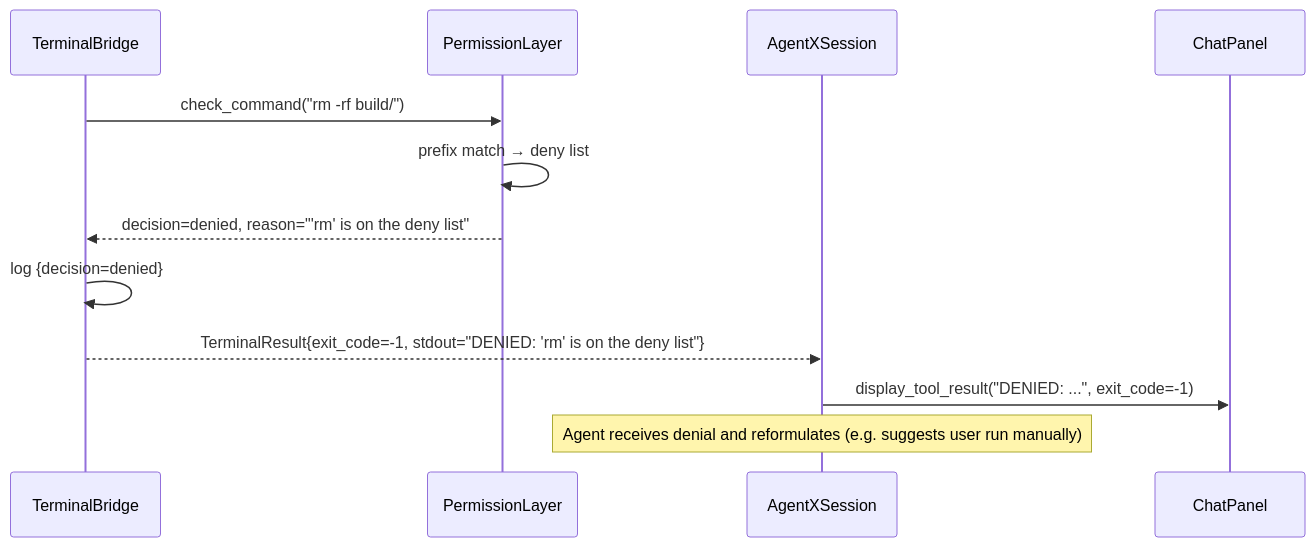
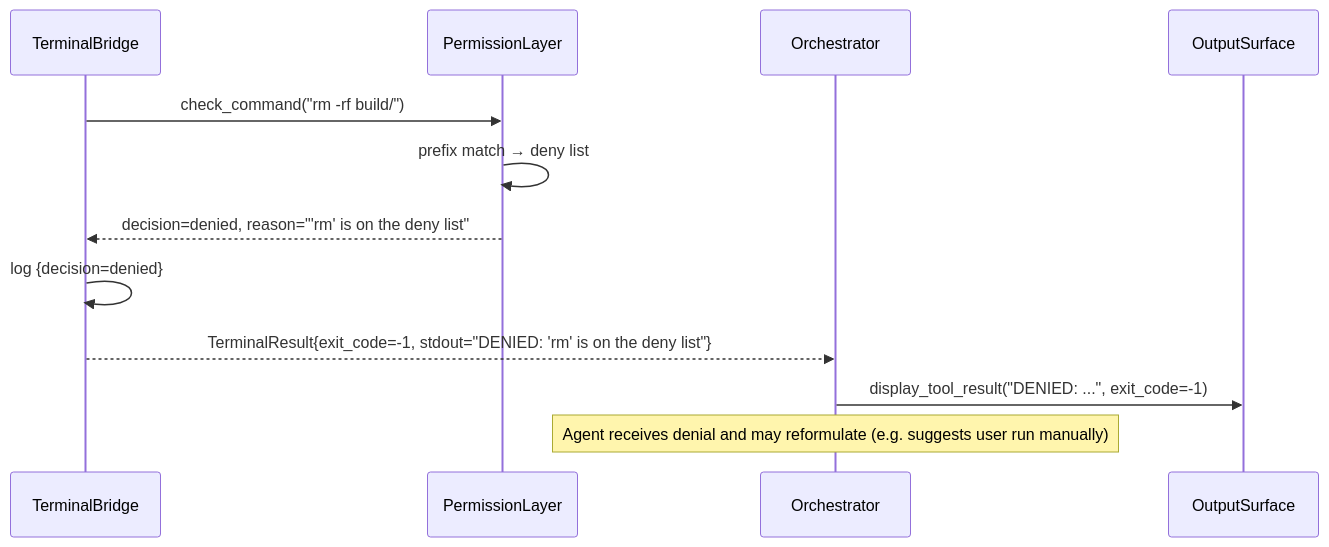
Before and after one commit to matthewapeters/agentX: the eighth of 11 diagrams in docs/ux/05_VIBE_CODING.md, drawn with Mermaid. The commit also changed other lines of this file and 336 other files, not shown here.

````diff
--- a/docs/ux/05_VIBE_CODING.md
+++ b/docs/ux/05_VIBE_CODING.md
@@ -687,15 +258,15 @@
 ```mermaid
 sequenceDiagram
-    participant TB as TerminalBridge
-    participant Perm as PermissionLayer
-    participant Session as AgentXSession
-    participant ChatPanel
+    participant TerminalBridge
+    participant PermissionLayer
+    participant Orchestrator
+    participant OutputSurface
 
-    TB->>Perm: check_command("rm -rf build/")
-    Perm->>Perm: prefix match → deny list
-    Perm-->>TB: decision=denied, reason="'rm' is on the deny list"
-    TB->>TB: log {decision=denied}
-    TB-->>Session: TerminalResult{exit_code=-1, stdout="DENIED: 'rm' is on the deny list"}
-    Session->>ChatPanel: display_tool_result("DENIED: ...", exit_code=-1)
-    Note over Session: Agent receives denial and reformulates (e.g. suggests user run manually)
+    TerminalBridge->>PermissionLayer: check_command("rm -rf build/")
+    PermissionLayer->>PermissionLayer: prefix match → deny list
+    PermissionLayer-->>TerminalBridge: decision=denied, reason="'rm' is on the deny list"
+    TerminalBridge->>TerminalBridge: log {decision=denied}
+    TerminalBridge-->>Orchestrator: TerminalResult{exit_code=-1, stdout="DENIED: 'rm' is on the deny list"}
+    Orchestrator->>OutputSurface: display_tool_result("DENIED: ...", exit_code=-1)
+    Note over Orchestrator: Agent receives denial and may reformulate (e.g. suggests user run manually)
 ```
````
